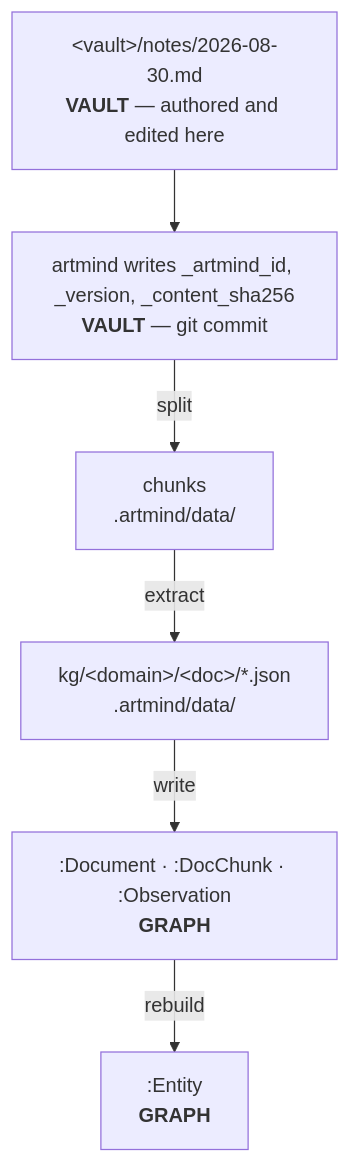
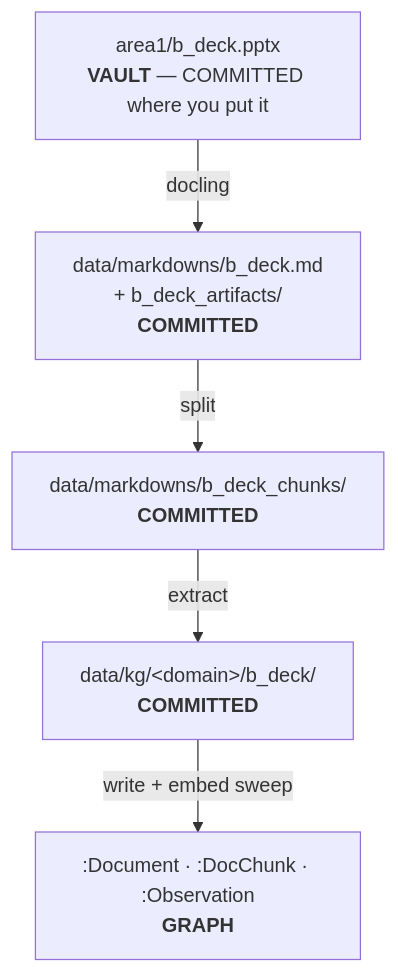
One commit to neurongraph/artmind9 changed the second of 3 diagrams in docs/stores-and-repos.md. Above: the diagram before and after it, drawn with Mermaid. The commit also changed other lines of this file and 3 other files, not shown here.

````diff
--- a/docs/stores-and-repos.md
+++ b/docs/stores-and-repos.md
@@ -132,11 +156,10 @@
 ```mermaid
 flowchart TD
-    V["&lt;vault&gt;/notes/2026-08-30.md<br/><b>VAULT</b> — authored and edited here"]
-    FM["artmind writes _artmind_id, _version, _content_sha256<br/><b>VAULT</b> — git commit"]
-    CH["chunks<br/>.artmind/data/"]
-    KG["kg/&lt;domain&gt;/&lt;doc&gt;/*.json<br/>.artmind/data/"]
+    SRC["area1/b_deck.pptx<br/><b>VAULT</b> — COMMITTED where you put it"]
+    MD["data/markdowns/b_deck.md<br/>+ b_deck_artifacts/<br/><b>COMMITTED</b>"]
+    CH["data/markdowns/b_deck_chunks/<br/><b>COMMITTED</b>"]
+    KG["data/kg/&lt;domain&gt;/b_deck/<br/><b>COMMITTED</b>"]
     G[":Document · :DocChunk · :Observation<br/><b>GRAPH</b>"]
-    P[":Entity<br/><b>GRAPH</b>"]
 
-    V --> FM -->|split| CH -->|extract| KG -->|write| G -->|rebuild| P
+    SRC -->|docling| MD -->|split| CH -->|extract| KG -->|write + embed sweep| G
 ```
````
